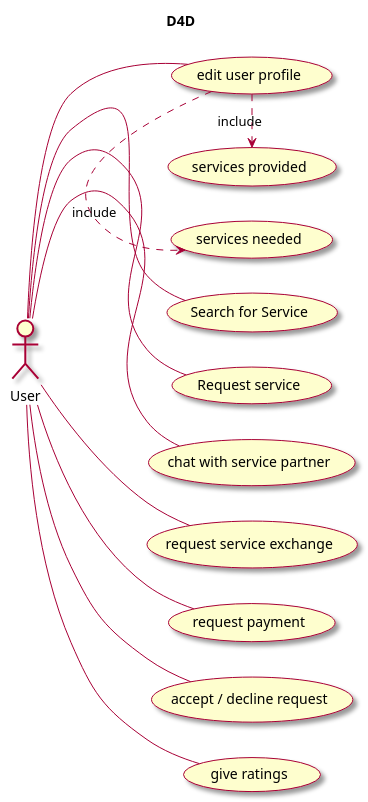
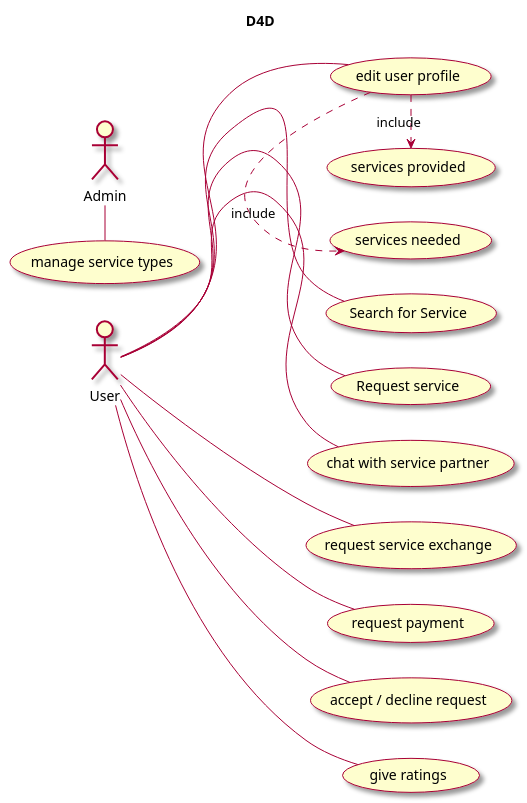
The first of 3 diagrams in documenation/Project_Description.adoc (2425-4chif-syp/01-projekte-d4d), drawn with PlantUML before and after one commit.

Commit message:
docs: Corrected UseCase-Diagramm

```diff
--- a/documenation/Project_Description.adoc
+++ b/documenation/Project_Description.adoc
@@ -12,35 +12,38 @@
 ["plantuml"]
 ----
 @startuml
 left to right direction
 
 skin rose
 
 title D4D
 
     (edit user profile)
     (services needed)
     (services provided)
     (Search for Service)
     (Request service)
     (chat with service partner)
     (request service exchange)
     (request payment)
     (accept / decline request)
     (give ratings)
+    (manage service types)
 
 :User:
+:Admin:
 
 User -- (edit user profile)
 (edit user profile) .> (services needed) : include
 (edit user profile) .> (services provided) : include
 User -- (Search for Service)
 User --(chat with service partner)
 User -- (request service exchange)
 User -- (request payment)
 User -- (Request service)
 User -- (accept / decline request)
 User -- (give ratings)
+Admin - (manage service types)
 
 @enduml
 ----
```
